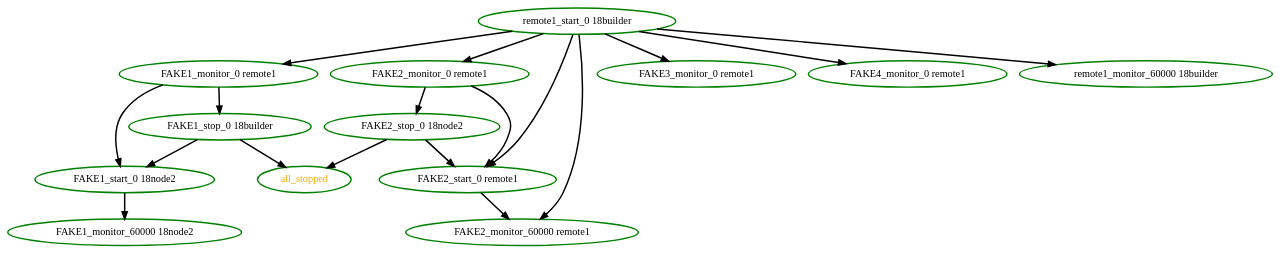
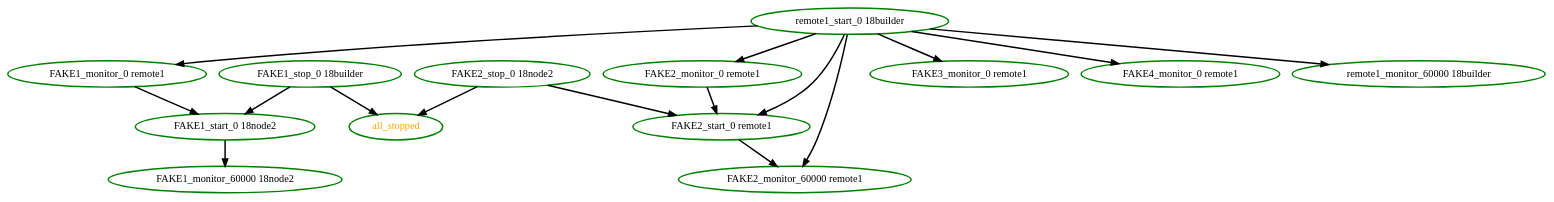
One commit to eurolinux-enterprise-linux-sources/pacemaker changed the diagram in src/pengine/test10/remote-startup-probes.dot. Above: the diagram before and after it, drawn with Graphviz. The commit also changed 1973 other files, not shown here.

```diff
--- a/src/pengine/test10/remote-startup-probes.dot
+++ b/src/pengine/test10/remote-startup-probes.dot
@@ -1,32 +1,30 @@
  digraph "g" {
 "FAKE1_monitor_0 remote1" -> "FAKE1_start_0 18node2" [ style = bold]
-"FAKE1_monitor_0 remote1" -> "FAKE1_stop_0 18builder" [ style = bold]
 "FAKE1_monitor_0 remote1" [ style=bold color="green" fontcolor="black"]
 "FAKE1_monitor_60000 18node2" [ style=bold color="green" fontcolor="black"]
 "FAKE1_start_0 18node2" -> "FAKE1_monitor_60000 18node2" [ style = bold]
 "FAKE1_start_0 18node2" [ style=bold color="green" fontcolor="black"]
 "FAKE1_stop_0 18builder" -> "FAKE1_start_0 18node2" [ style = bold]
 "FAKE1_stop_0 18builder" -> "all_stopped" [ style = bold]
 "FAKE1_stop_0 18builder" [ style=bold color="green" fontcolor="black"]
 "FAKE2_monitor_0 remote1" -> "FAKE2_start_0 remote1" [ style = bold]
-"FAKE2_monitor_0 remote1" -> "FAKE2_stop_0 18node2" [ style = bold]
 "FAKE2_monitor_0 remote1" [ style=bold color="green" fontcolor="black"]
 "FAKE2_monitor_60000 remote1" [ style=bold color="green" fontcolor="black"]
 "FAKE2_start_0 remote1" -> "FAKE2_monitor_60000 remote1" [ style = bold]
 "FAKE2_start_0 remote1" [ style=bold color="green" fontcolor="black"]
 "FAKE2_stop_0 18node2" -> "FAKE2_start_0 remote1" [ style = bold]
 "FAKE2_stop_0 18node2" -> "all_stopped" [ style = bold]
 "FAKE2_stop_0 18node2" [ style=bold color="green" fontcolor="black"]
 "FAKE3_monitor_0 remote1" [ style=bold color="green" fontcolor="black"]
 "FAKE4_monitor_0 remote1" [ style=bold color="green" fontcolor="black"]
 "all_stopped" [ style=bold color="green" fontcolor="orange"]
 "remote1_monitor_60000 18builder" [ style=bold color="green" fontcolor="black"]
 "remote1_start_0 18builder" -> "FAKE1_monitor_0 remote1" [ style = bold]
 "remote1_start_0 18builder" -> "FAKE2_monitor_0 remote1" [ style = bold]
 "remote1_start_0 18builder" -> "FAKE2_monitor_60000 remote1" [ style = bold]
 "remote1_start_0 18builder" -> "FAKE2_start_0 remote1" [ style = bold]
 "remote1_start_0 18builder" -> "FAKE3_monitor_0 remote1" [ style = bold]
 "remote1_start_0 18builder" -> "FAKE4_monitor_0 remote1" [ style = bold]
 "remote1_start_0 18builder" -> "remote1_monitor_60000 18builder" [ style = bold]
 "remote1_start_0 18builder" [ style=bold color="green" fontcolor="black"]
 }
```
